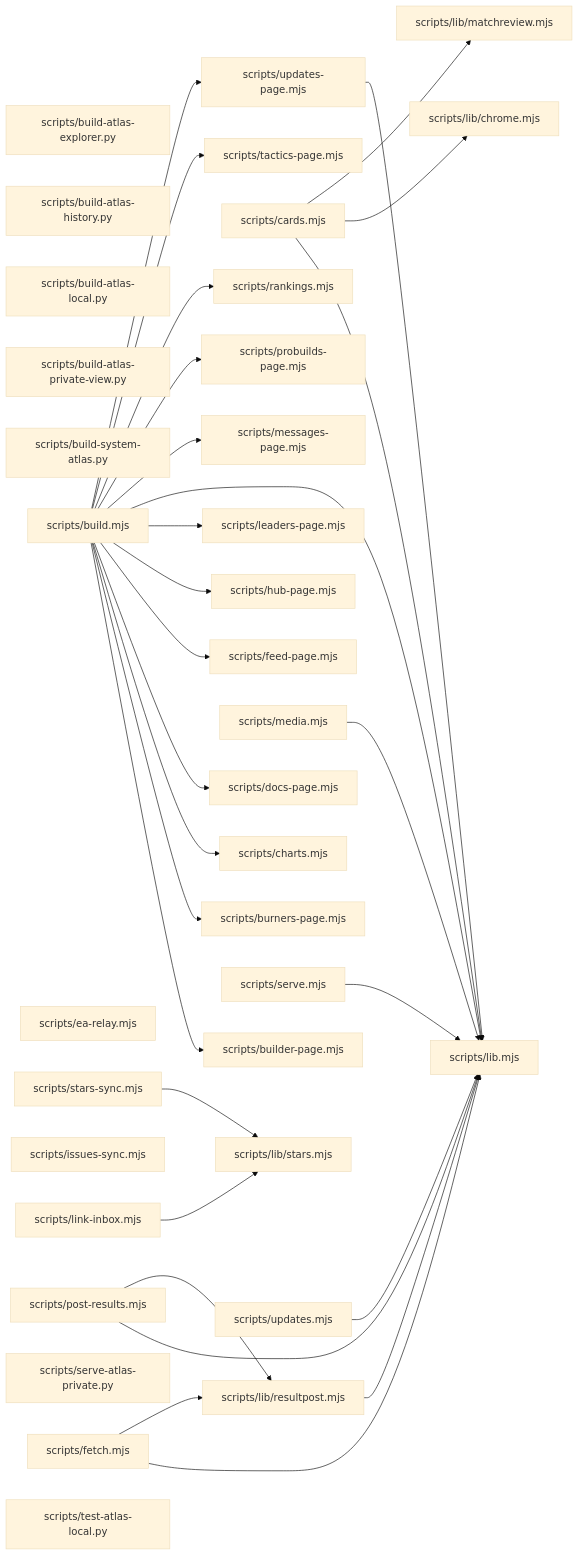
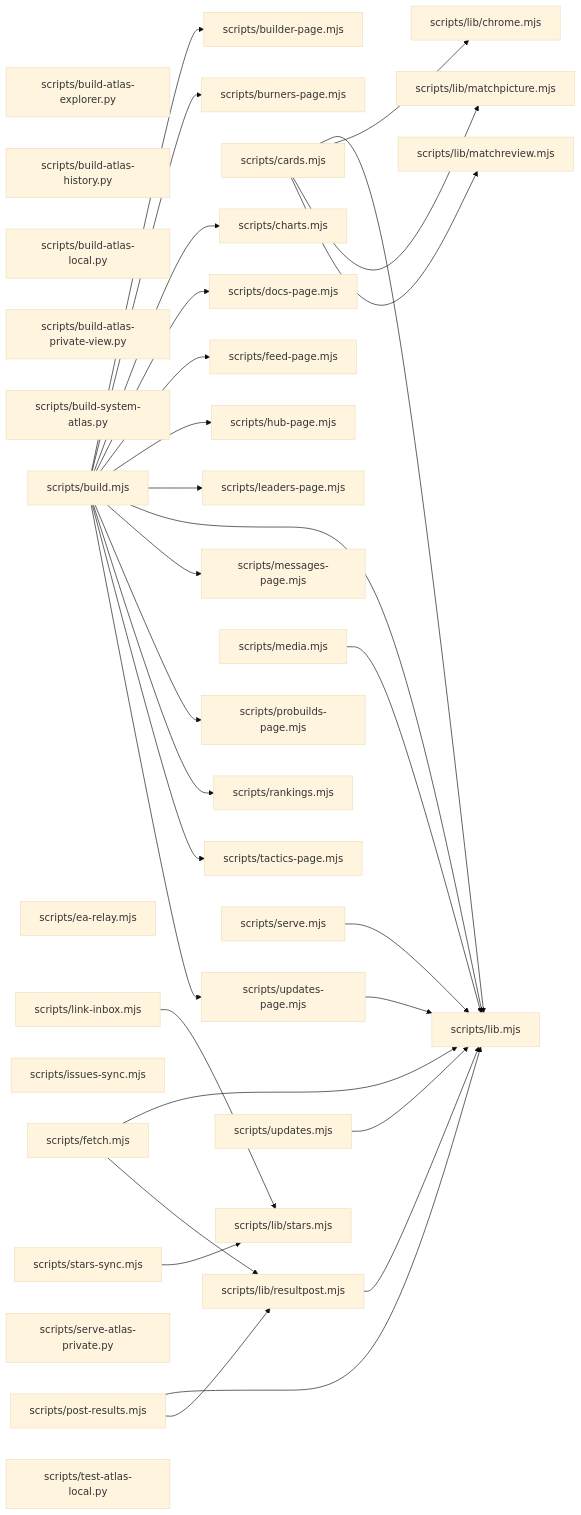
Before and after one commit to devroadtosucces15-boop/Norex-United-FC: the diagram in PLANNING/system-atlas/layer-scripts.md, drawn with Mermaid (base theme). The commit also changed 5 other files, not shown here.

````diff
--- a/PLANNING/system-atlas/layer-scripts.md
+++ b/PLANNING/system-atlas/layer-scripts.md
@@ -5,65 +5,67 @@
 ```mermaid
 flowchart LR
   n0["scripts/build-atlas-explorer.py"]
   n1["scripts/build-atlas-history.py"]
   n2["scripts/build-atlas-local.py"]
   n3["scripts/build-atlas-private-view.py"]
   n4["scripts/build-system-atlas.py"]
   n5["scripts/build.mjs"]
   n6["scripts/builder-page.mjs"]
   n7["scripts/burners-page.mjs"]
   n8["scripts/cards.mjs"]
   n9["scripts/charts.mjs"]
   n10["scripts/docs-page.mjs"]
   n11["scripts/ea-relay.mjs"]
   n12["scripts/feed-page.mjs"]
   n13["scripts/fetch.mjs"]
   n14["scripts/hub-page.mjs"]
   n15["scripts/issues-sync.mjs"]
   n16["scripts/leaders-page.mjs"]
   n17["scripts/lib.mjs"]
   n18["scripts/lib/chrome.mjs"]
-  n19["scripts/lib/matchreview.mjs"]
-  n20["scripts/lib/resultpost.mjs"]
-  n21["scripts/lib/stars.mjs"]
-  n22["scripts/link-inbox.mjs"]
-  n23["scripts/media.mjs"]
-  n24["scripts/messages-page.mjs"]
-  n25["scripts/post-results.mjs"]
-  n26["scripts/probuilds-page.mjs"]
-  n27["scripts/rankings.mjs"]
-  n28["scripts/serve-atlas-private.py"]
-  n29["scripts/serve.mjs"]
-  n30["scripts/stars-sync.mjs"]
-  n31["scripts/tactics-page.mjs"]
-  n32["scripts/test-atlas-local.py"]
-  n33["scripts/updates-page.mjs"]
-  n34["scripts/updates.mjs"]
+  n19["scripts/lib/matchpicture.mjs"]
+  n20["scripts/lib/matchreview.mjs"]
+  n21["scripts/lib/resultpost.mjs"]
+  n22["scripts/lib/stars.mjs"]
+  n23["scripts/link-inbox.mjs"]
+  n24["scripts/media.mjs"]
+  n25["scripts/messages-page.mjs"]
+  n26["scripts/post-results.mjs"]
+  n27["scripts/probuilds-page.mjs"]
+  n28["scripts/rankings.mjs"]
+  n29["scripts/serve-atlas-private.py"]
+  n30["scripts/serve.mjs"]
+  n31["scripts/stars-sync.mjs"]
+  n32["scripts/tactics-page.mjs"]
+  n33["scripts/test-atlas-local.py"]
+  n34["scripts/updates-page.mjs"]
+  n35["scripts/updates.mjs"]
   n5 --> n6
   n5 --> n7
   n5 --> n9
   n5 --> n10
   n5 --> n12
   n5 --> n14
   n5 --> n16
   n5 --> n17
-  n5 --> n24
-  n5 --> n26
+  n5 --> n25
   n5 --> n27
-  n5 --> n31
-  n5 --> n33
+  n5 --> n28
+  n5 --> n32
+  n5 --> n34
   n8 --> n17
   n8 --> n18
   n8 --> n19
+  n8 --> n20
   n13 --> n17
-  n13 --> n20
-  n20 --> n17
-  n22 --> n21
-  n23 --> n17
-  n25 --> n17
-  n25 --> n20
-  n29 --> n17
-  n30 --> n21
-  n33 --> n17
+  n13 --> n21
+  n21 --> n17
+  n23 --> n22
+  n24 --> n17
+  n26 --> n17
+  n26 --> n21
+  n30 --> n17
+  n31 --> n22
   n34 --> n17
+  n35 --> n17
 ```
````
